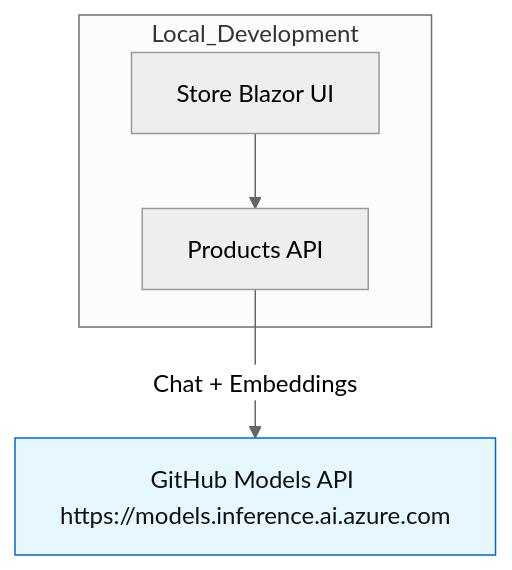
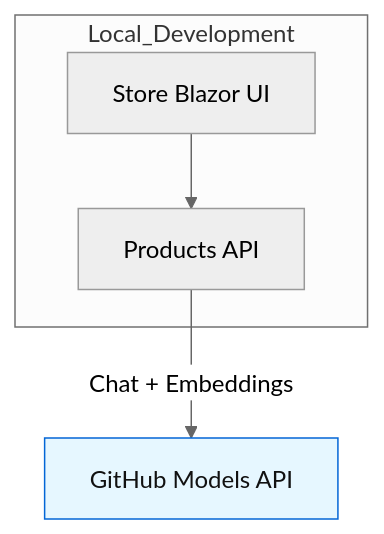
The first of 2 diagrams in scenarios/11-GitHubModels/README.md (luckysuie/proj7), drawn with Mermaid (neutral theme) before and after one commit.

Commit message:
fix: Simplify GitHub Models API URL in Mermaid diagram for clarity in README

````diff
--- a/scenarios/11-GitHubModels/README.md
+++ b/scenarios/11-GitHubModels/README.md
@@ -63,13 +63,13 @@
 ```mermaid
 flowchart TD
   A[Store Blazor UI] --> B[Products API]
-  B -->|Chat + Embeddings| C[GitHub Models API https://models.inference.ai.azure.com]
+  B -->|Chat + Embeddings| C[GitHub Models API]
 
   subgraph Local_Development
     A
     B
   end
 
   classDef cloud fill:#E6F7FF,stroke:#0366d6,color:#111
   class C cloud
 ```
````
